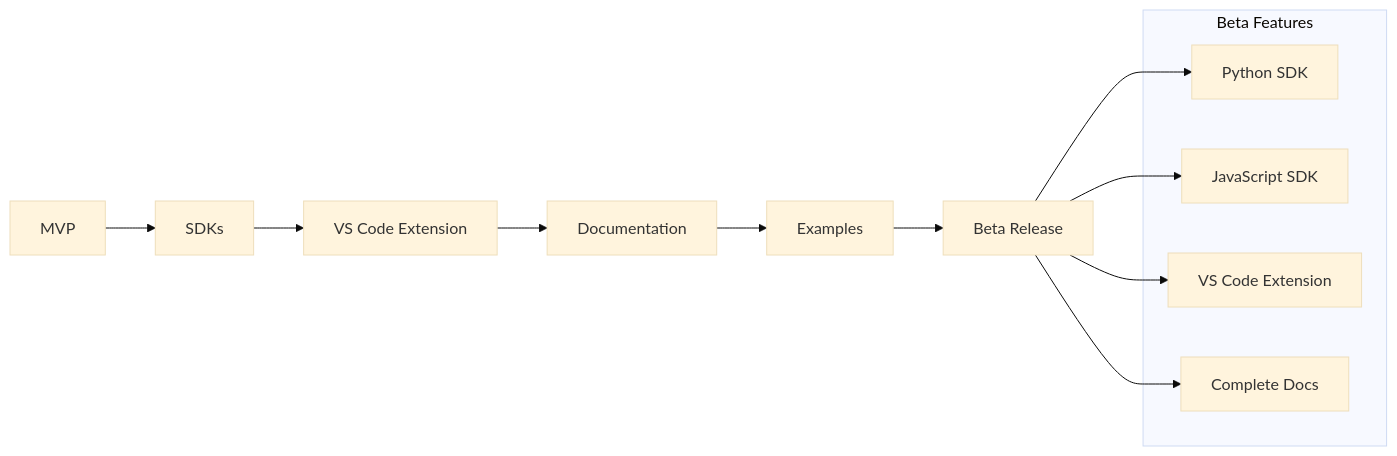
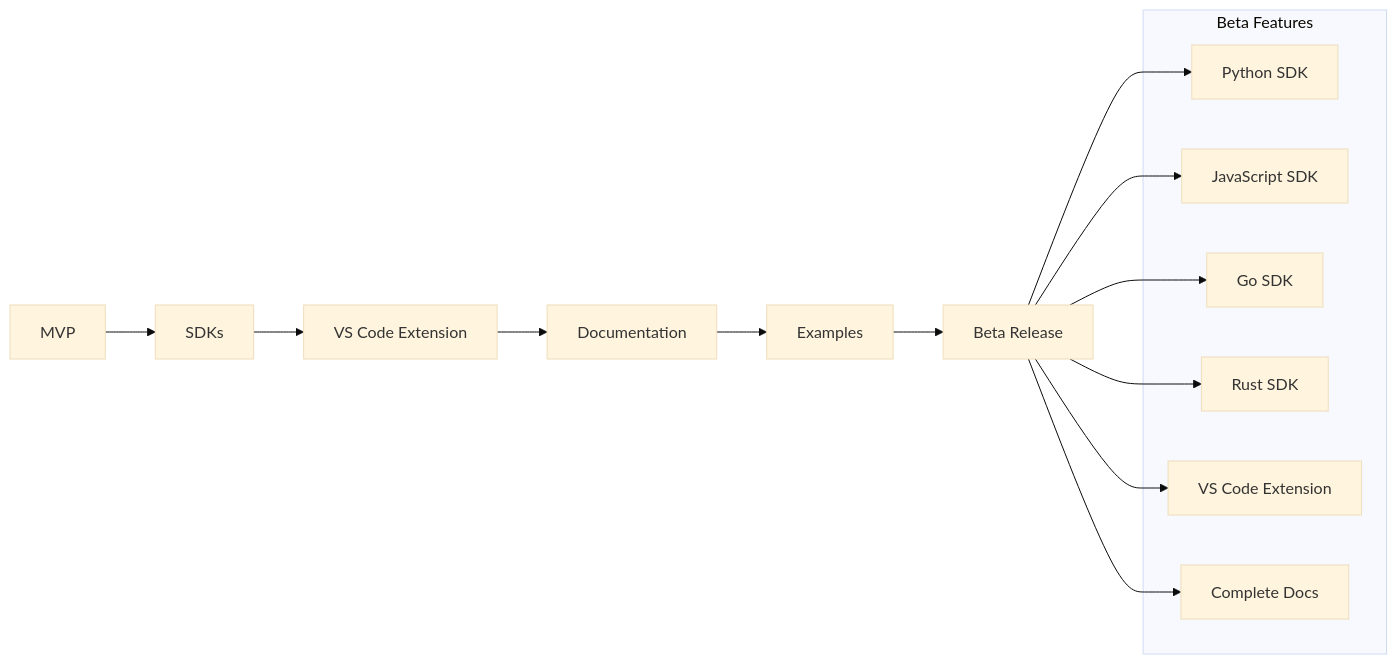
One commit to tcp-ecosystem/MAM changed the sixth of 8 diagrams in goal.md. Above: the diagram before and after it, drawn with Mermaid (base theme). The commit also changed other lines of this file and 232 other files, not shown here.

````diff
--- a/goal.md
+++ b/goal.md
@@ -182,20 +182,24 @@
 ```mermaid
 graph LR
     A[MVP] --> B[SDKs]
     B --> C[VS Code Extension]
     C --> D[Documentation]
     D --> E[Examples]
     E --> F[Beta Release]
     
     subgraph "Beta Features"
         G[Python SDK]
         H[JavaScript SDK]
-        I[VS Code Extension]
-        J[Complete Docs]
+        I[Go SDK]
+        J[Rust SDK]
+        K[VS Code Extension]
+        L[Complete Docs]
     end
     
     F --> G
     F --> H
     F --> I
     F --> J
+    F --> K
+    F --> L
 ```
````
